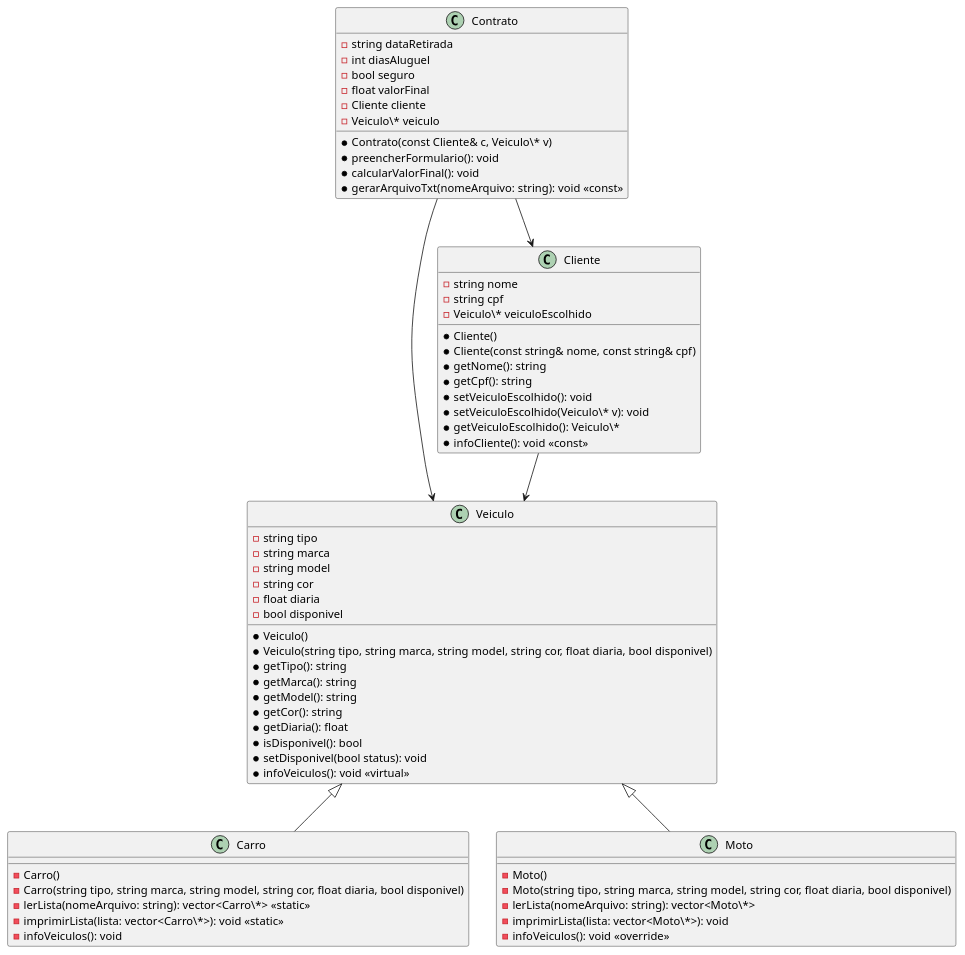
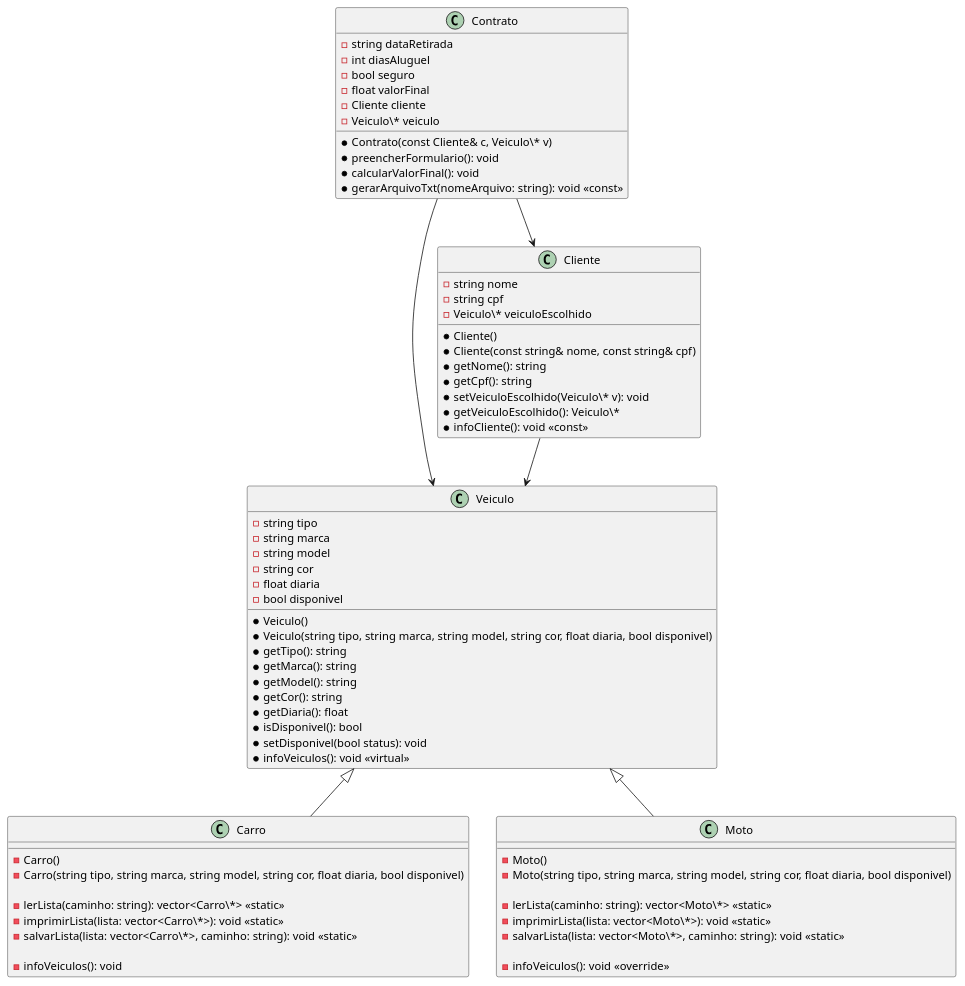
The diagram in diagrama.md (gabrielmedeirosn/Sistema-de-loca-o-de-veiculo), drawn with PlantUML before and after one commit. The commit also changed 2 other files, not shown here.

```diff
--- a/diagrama.md
+++ b/diagrama.md
@@ -25,8 +25,11 @@
 
 - Carro()
 - Carro(string tipo, string marca, string model, string cor, float diaria, bool disponivel)
-- lerLista(nomeArquivo: string): vector<Carro\*> <<static>>
+
+- lerLista(caminho: string): vector<Carro\*> <<static>>
 - imprimirLista(lista: vector<Carro\*>): void <<static>>
+- salvarLista(lista: vector<Carro\*>, caminho: string): void <<static>>
+
 - infoVeiculos(): void
   }
 
@@ -34,8 +37,11 @@
 
 - Moto()
 - Moto(string tipo, string marca, string model, string cor, float diaria, bool disponivel)
-- lerLista(nomeArquivo: string): vector<Moto\*>
-- imprimirLista(lista: vector<Moto\*>): void
+
+- lerLista(caminho: string): vector<Moto\*> <<static>>
+- imprimirLista(lista: vector<Moto\*>): void <<static>>
+- salvarLista(lista: vector<Moto\*>, caminho: string): void <<static>>
+
 - infoVeiculos(): void <<override>>
   }
 
@@ -49,7 +55,6 @@
 * Cliente(const string& nome, const string& cpf)
 * getNome(): string
 * getCpf(): string
-* setVeiculoEscolhido(): void
 * setVeiculoEscolhido(Veiculo\* v): void
 * getVeiculoEscolhido(): Veiculo\*
 * infoCliente(): void <<const>>
```
